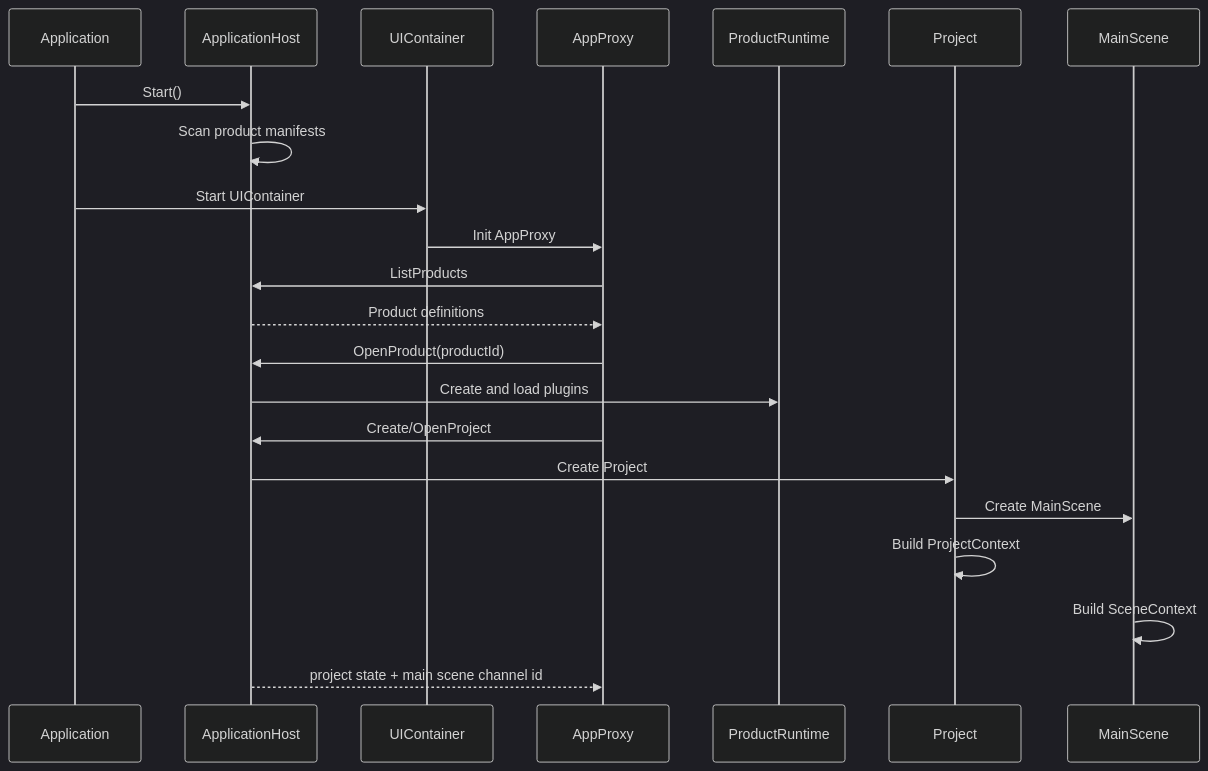
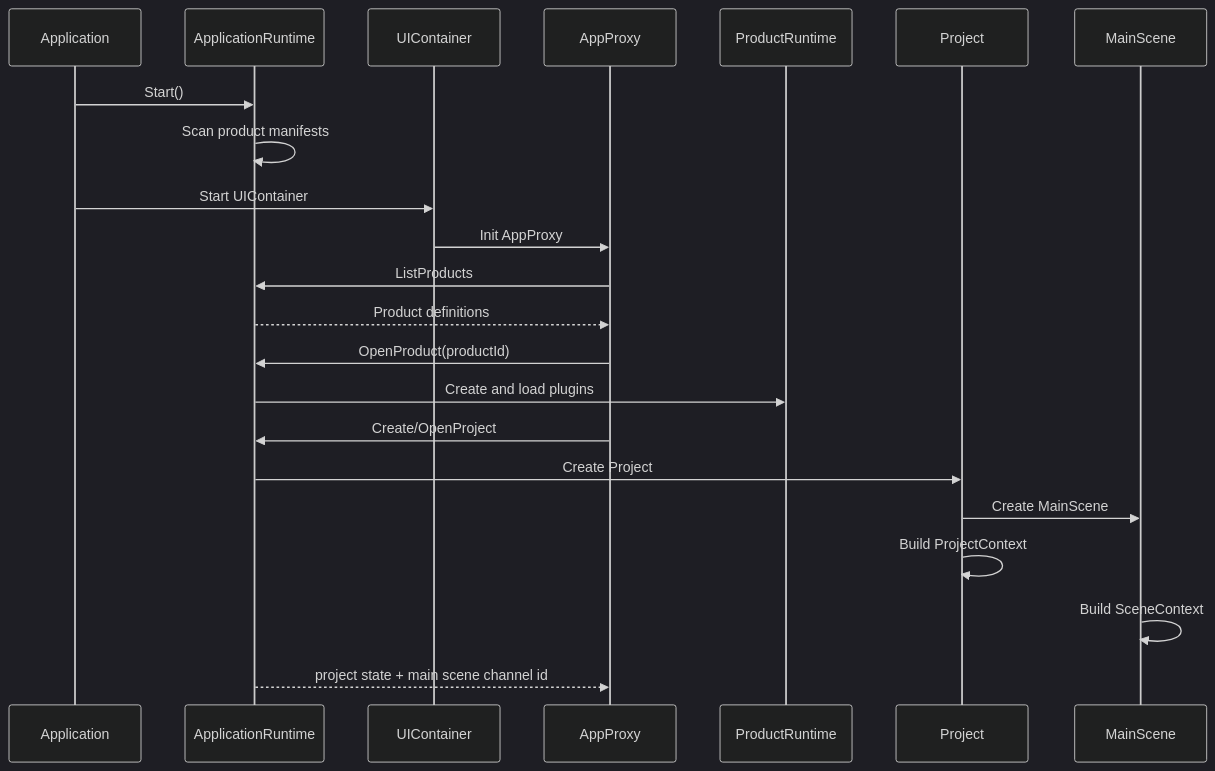
The diagram in doc/iCAX-Engine/Products/Laser3DCAM/详细设计/01-产品运行与模块边界.md (penguinchiang0609-ui/iCAX), drawn with Mermaid (dark theme) before and after one commit. The commit also changed other lines of this file and 466 other files, not shown here.

````diff
--- a/doc/iCAX-Engine/Products/Laser3DCAM/详细设计/01-产品运行与模块边界.md
+++ b/doc/iCAX-Engine/Products/Laser3DCAM/详细设计/01-产品运行与模块边界.md
@@ -84,25 +84,25 @@
 ```mermaid
 sequenceDiagram
     participant App as Application
-    participant Host as ApplicationHost
+    participant Host as ApplicationRuntime
     participant UI as UIContainer
     participant AppProxy as AppProxy
     participant Product as ProductRuntime
     participant Project as Project
     participant Scene as MainScene
 
     App->>Host: Start()
     Host->>Host: Scan product manifests
     App->>UI: Start UIContainer
     UI->>AppProxy: Init AppProxy
     AppProxy->>Host: ListProducts
     Host-->>AppProxy: Product definitions
     AppProxy->>Host: OpenProduct(productId)
     Host->>Product: Create and load plugins
     AppProxy->>Host: Create/OpenProject
     Host->>Project: Create Project
     Project->>Scene: Create MainScene
     Project->>Project: Build ProjectContext
     Scene->>Scene: Build SceneContext
     Host-->>AppProxy: project state + main scene channel id
 ```
````
